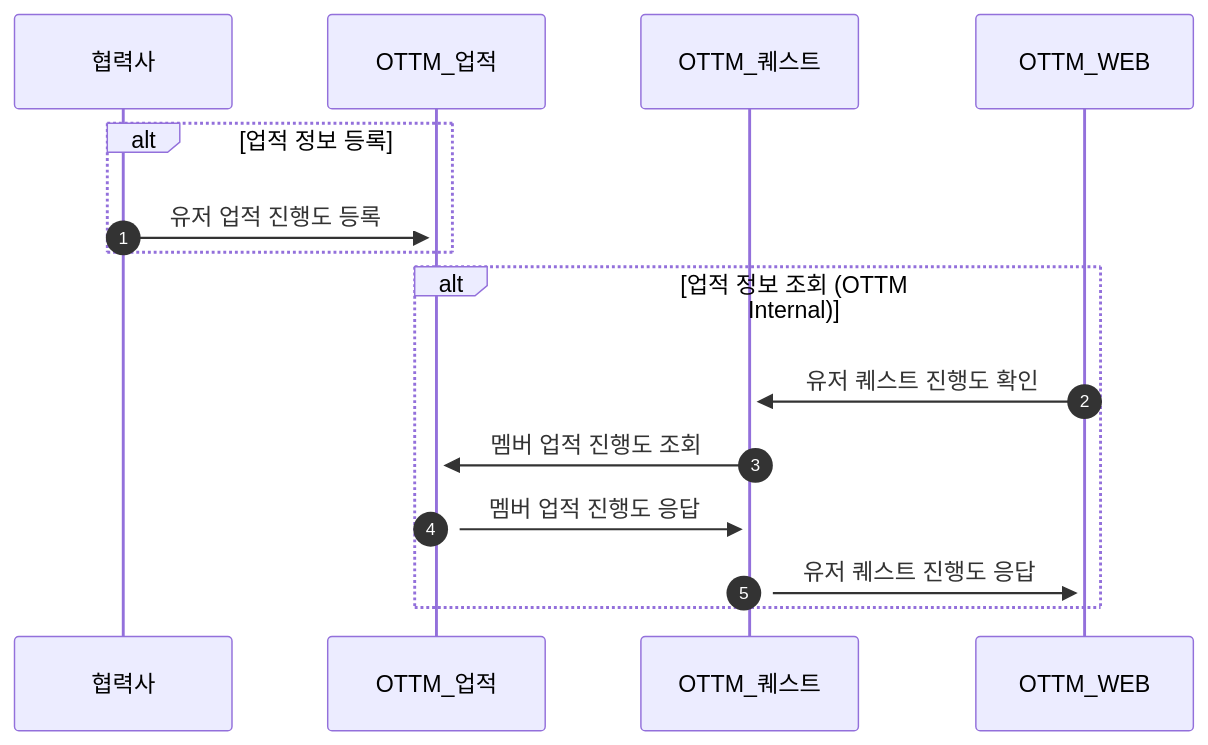
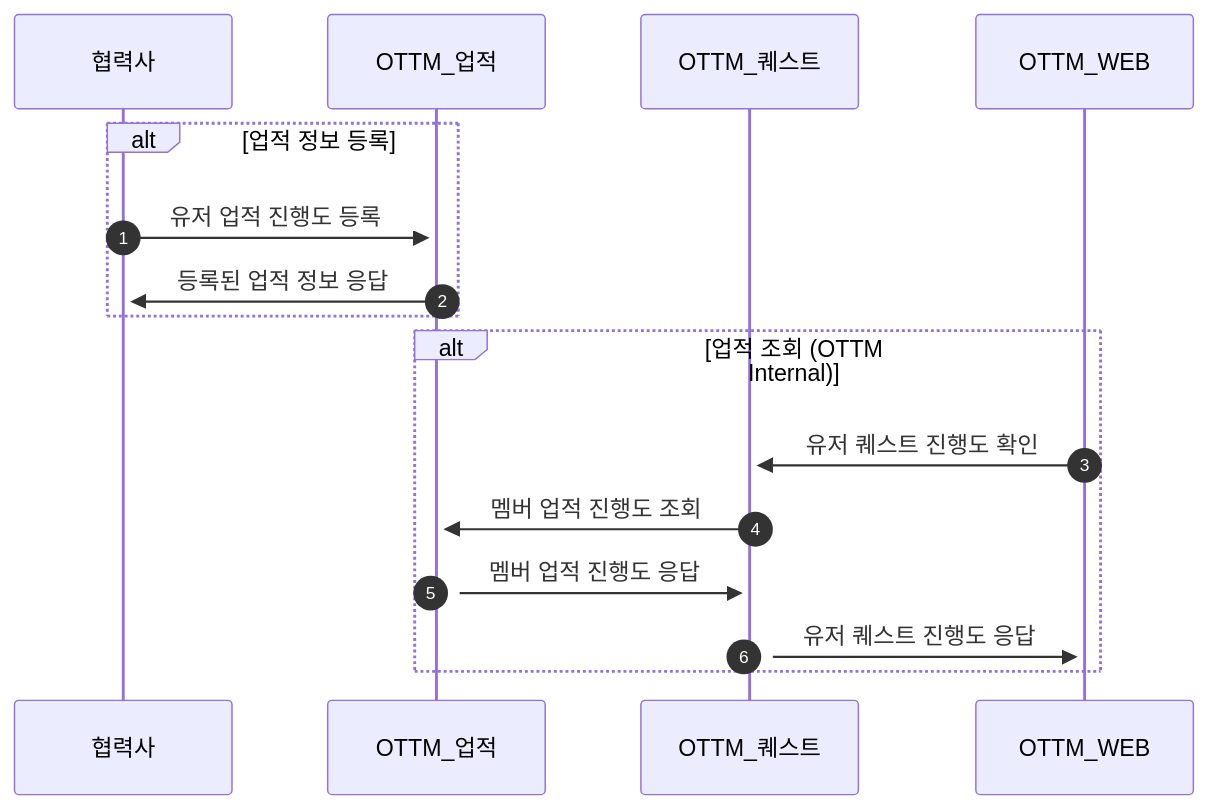
Before and after one commit to ottm-labs/ottm-labs.github.io: the diagram in Overtake/topics/업적-정보-연동-Achievement.md, drawn with Mermaid. The commit also changed other lines of this file and 3 other files, not shown here.

````diff
--- a/Overtake/topics/업적-정보-연동-Achievement.md
+++ b/Overtake/topics/업적-정보-연동-Achievement.md
@@ -38,19 +39,20 @@
 ```mermaid
 sequenceDiagram
 autonumber
 participant partner as 협력사
 participant ottm_achievement as OTTM_업적
 participant ottm_quest as OTTM_퀘스트
 participant ottm_web as OTTM_WEB
 
 alt 업적 정보 등록
 partner ->> +ottm_achievement: 유저 업적 진행도 등록
+ottm_achievement ->> +partner: 등록된 업적 정보 응답
 end
 
-alt 업적 정보 조회 (OTTM Internal)
+alt 업적 조회 (OTTM Internal)
 ottm_web ->> +ottm_quest: 유저 퀘스트 진행도 확인
 ottm_quest ->> +ottm_achievement: 멤버 업적 진행도 조회
 ottm_achievement ->> +ottm_quest: 멤버 업적 진행도  응답
 ottm_quest ->> +ottm_web: 유저 퀘스트 진행도 응답
 end
 ```
````
